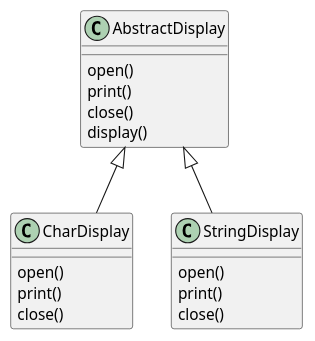
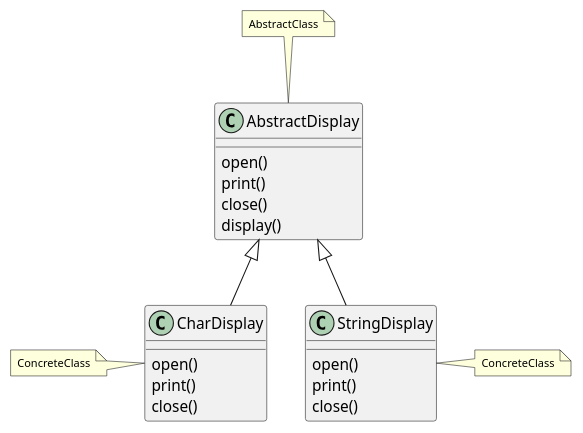
The diagram in doc/templatemethod/templateMethod.puml (beatkei/myjava), drawn with PlantUML before and after one commit. The commit also changed 10 other files, not shown here.

Commit message:
prototypeを追加＆クラス図に役割名をコメントで追加

```diff
--- a/doc/templatemethod/templateMethod.puml
+++ b/doc/templatemethod/templateMethod.puml
@@ -1,25 +1,37 @@
 @startuml
 
 class AbstractDisplay {
     open()
     print()
     close()
     display()
 }
 
 class CharDisplay {
     open()
     print()
     close()
 }
 
 class StringDisplay {
     open()
     print()
     close()
 }
 
 AbstractDisplay <|-do- CharDisplay
 AbstractDisplay <|-do- StringDisplay
 
+note top of AbstractDisplay
+    <size:10>AbstractClass
+end note
+
+note left of CharDisplay
+    <size:10>ConcreteClass
+end note
+
+note right of StringDisplay
+    <size:10>ConcreteClass
+end note
+
 @enduml
```
